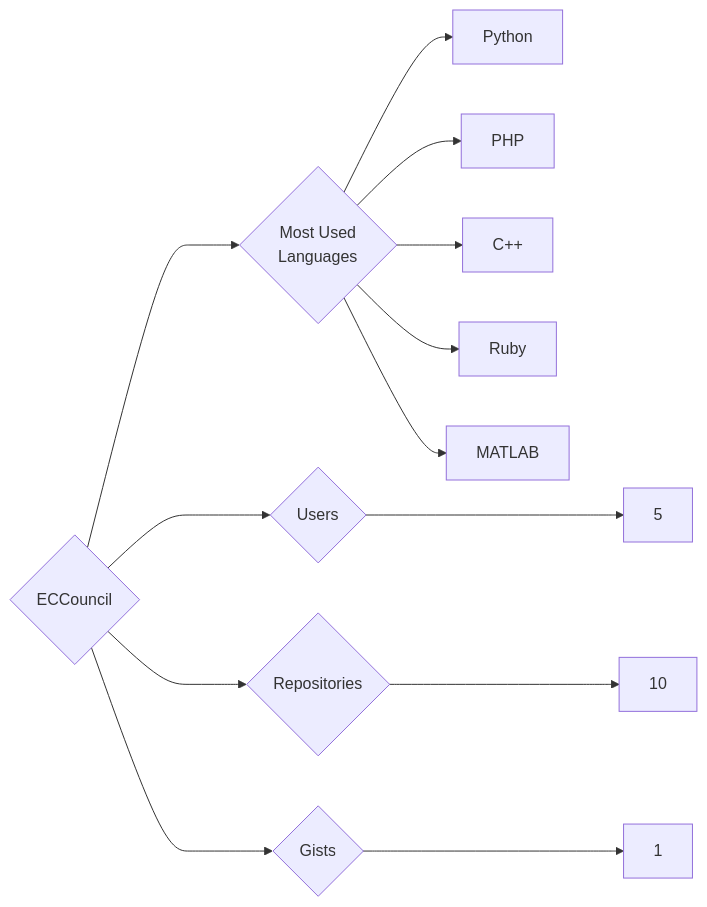
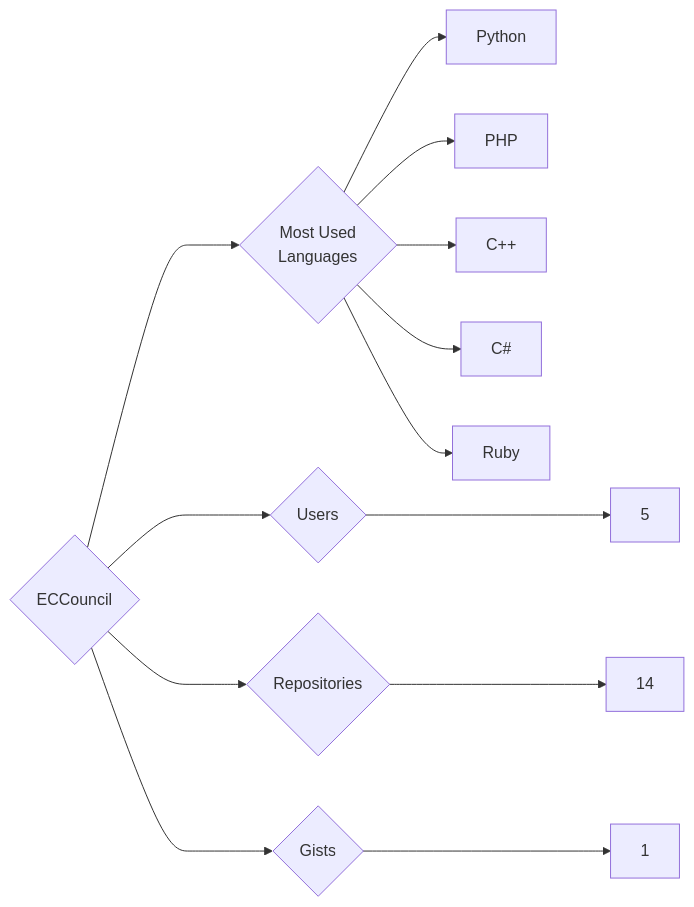
The diagram in targets/ECCouncil/README.md (trickest/insiders), drawn with Mermaid before and after one commit. The commit also changed 1020 other files, not shown here.

````diff
--- a/targets/ECCouncil/README.md
+++ b/targets/ECCouncil/README.md
@@ -3,13 +3,13 @@
 ```mermaid
 graph LR
 COMPANY_NAME{ECCouncil}
 COMPANY_NAME ---> U{Users} ---> UN[5]
-COMPANY_NAME ---> R{Repositories} ---> RN[10]
+COMPANY_NAME ---> R{Repositories} ---> RN[14]
 COMPANY_NAME ---> G{Gists} ---> GN[1]
 COMPANY_NAME ---> ML{Most Used<br>Languages}
 ML --> Python[Python]
 ML --> PHP[PHP]
 ML --> C++[C++]
+ML --> C#[C#]
 ML --> Ruby[Ruby]
-ML --> MATLAB[MATLAB]
 ```
````
